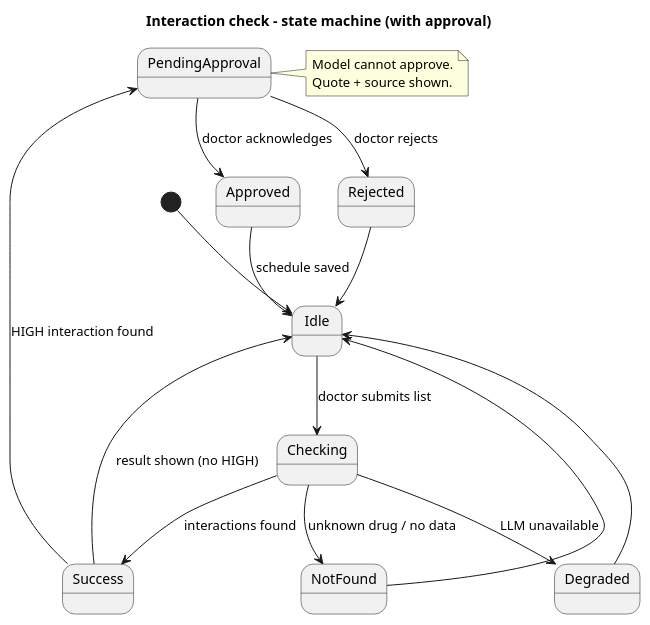
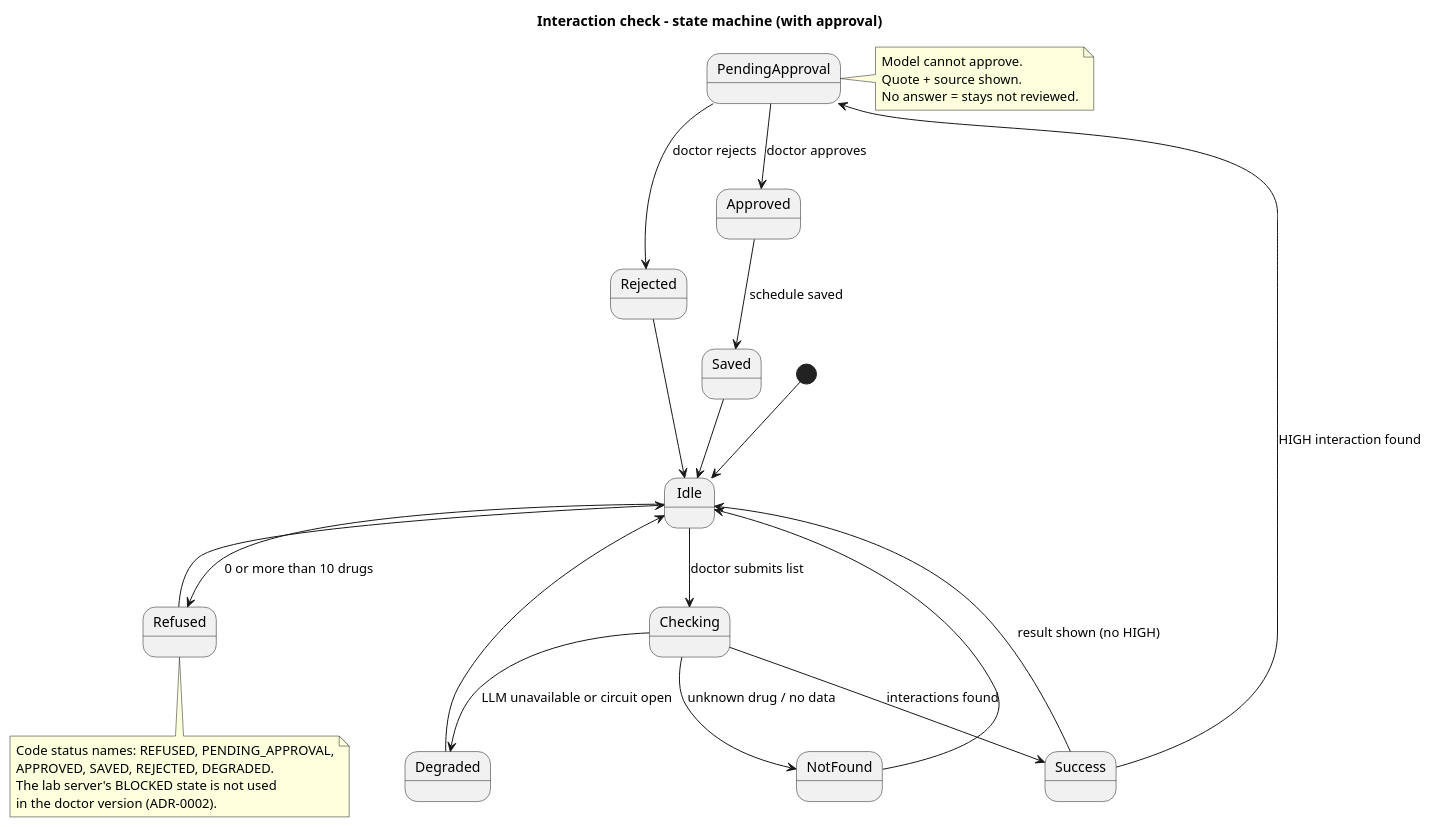
The diagram in docs/uml/state.puml (vladvoiasciuc2-crypto/medrx-lab3), drawn with PlantUML before and after one commit. The commit also changed 5 other files, not shown here.

First line of the commit message:
UML: fix extend arrows, add Groq, approval gate, guardrail layer and failure path

```diff
--- a/docs/uml/state.puml
+++ b/docs/uml/state.puml
@@ -1,22 +1,33 @@
 @startuml
 title Interaction check - state machine (with approval)
 [*] --> Idle
 Idle --> Checking : doctor submits list
+Idle --> Refused : 0 or more than 10 drugs
+Refused --> Idle
 Checking --> Success : interactions found
 Checking --> NotFound : unknown drug / no data
-Checking --> Degraded : LLM unavailable
+Checking --> Degraded : LLM unavailable or circuit open
 Success --> PendingApproval : HIGH interaction found
 Success --> Idle : result shown (no HIGH)
-PendingApproval --> Approved : doctor acknowledges
+PendingApproval --> Approved : doctor approves
 PendingApproval --> Rejected : doctor rejects
-Approved --> Idle : schedule saved
+Approved --> Saved : schedule saved
+Saved --> Idle
 Rejected --> Idle
 NotFound --> Idle
 Degraded --> Idle
 
 note right of PendingApproval
   Model cannot approve.
   Quote + source shown.
+  No answer = stays not reviewed.
+end note
+
+note bottom of Refused
+  Code status names: REFUSED, PENDING_APPROVAL,
+  APPROVED, SAVED, REJECTED, DEGRADED.
+  The lab server's BLOCKED state is not used
+  in the doctor version (ADR-0002).
 end note
 
 @enduml
```
